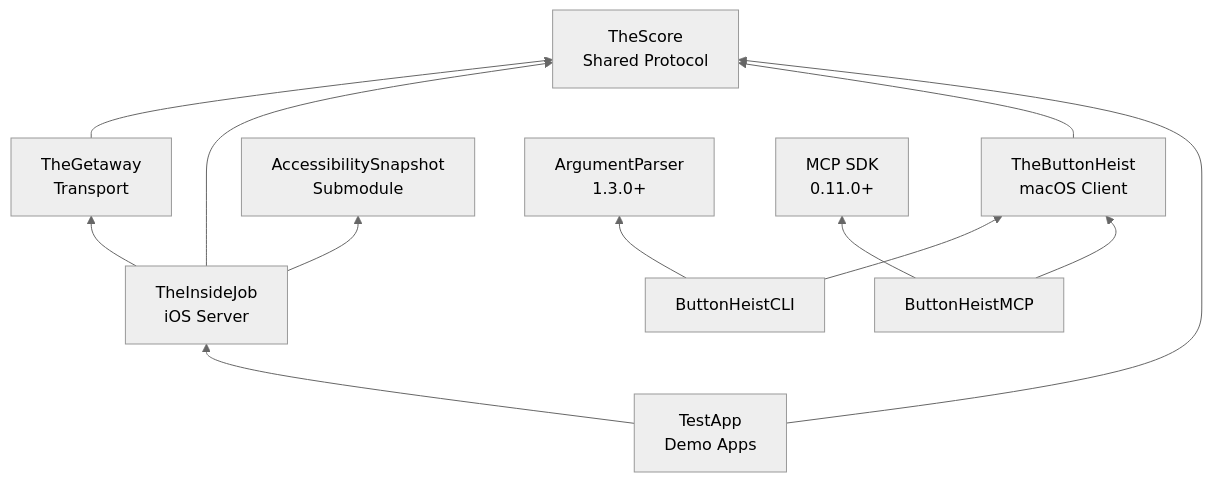
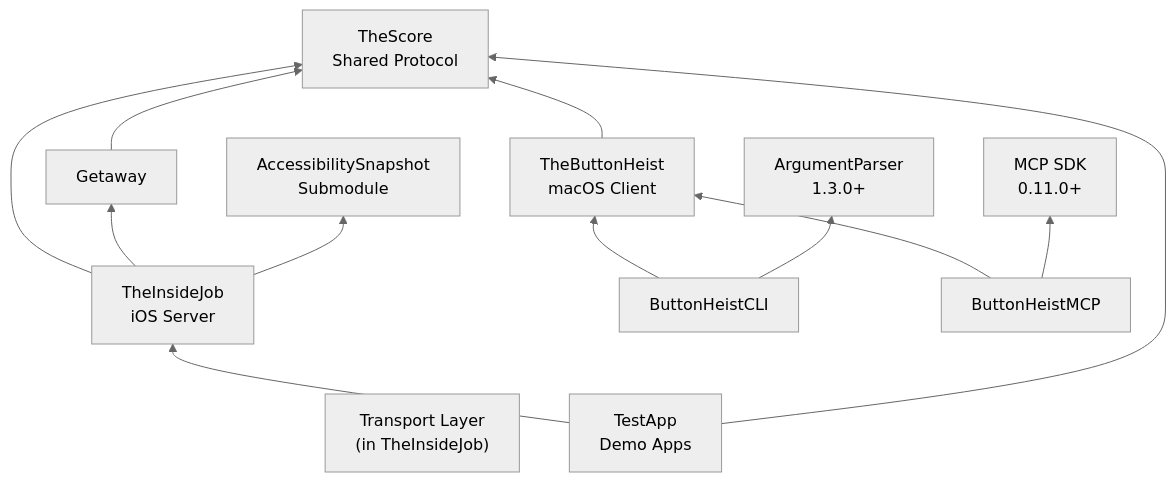
The third of 9 diagrams in .rp1/context/birds-eye-view.md (RoyalPineapple/TheButtonHeist), drawn with Mermaid (neutral theme) before and after one commit. The commit also changed other lines of this file and 10 other files, not shown here.

````diff
--- a/.rp1/context/birds-eye-view.md
+++ b/.rp1/context/birds-eye-view.md
@@ -102,25 +100,25 @@
 ```mermaid
 flowchart BT
     Score["TheScore\nShared Protocol"]
-    Getaway["TheGetaway\nTransport"]
+    Transport["Transport Layer\n(in TheInsideJob)"]
     InsideJob["TheInsideJob\niOS Server"]
     ButtonHeist["TheButtonHeist\nmacOS Client"]
     CLI["ButtonHeistCLI"]
     MCP["ButtonHeistMCP"]
     TestApp["TestApp\nDemo Apps"]
     ASP["AccessibilitySnapshot\nSubmodule"]
     ArgParser["ArgumentParser\n1.3.0+"]
     MCPSDK["MCP SDK\n0.11.0+"]
 
     Getaway --> Score
     InsideJob --> Score
     InsideJob --> Getaway
     InsideJob --> ASP
     ButtonHeist --> Score
     CLI --> ButtonHeist
     CLI --> ArgParser
     MCP --> ButtonHeist
     MCP --> MCPSDK
     TestApp --> InsideJob
     TestApp --> Score
 ```
````
